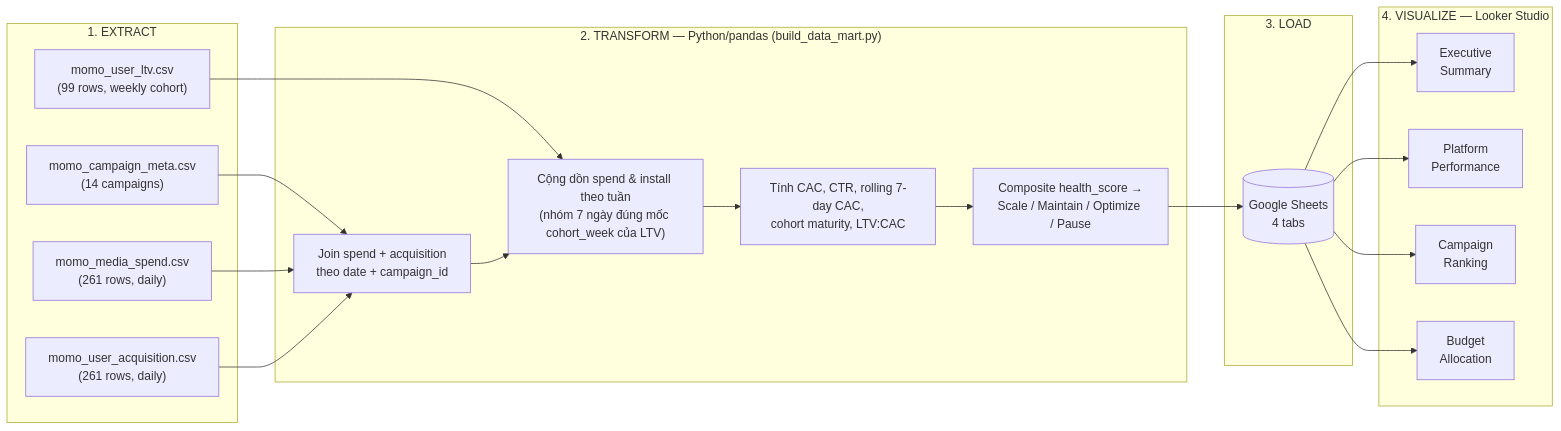
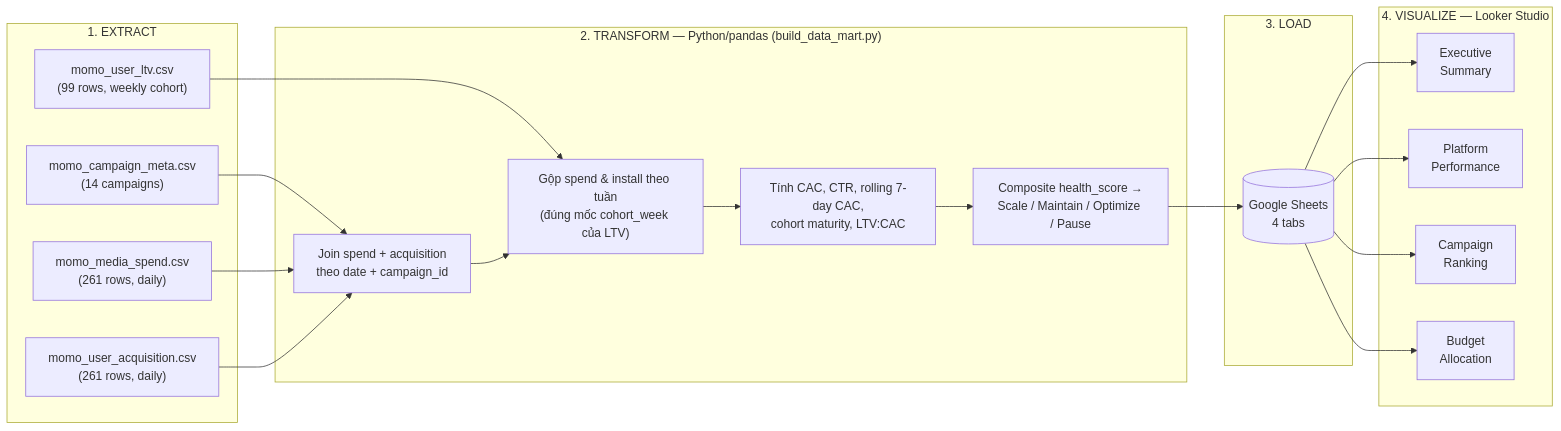
The first of 2 diagrams in README.md (edward179/media-test-case), drawn with Mermaid before and after one commit.

Commit message:
Shorten Task 1 diagram node label to fix text clipping on GitHub render

````diff
--- a/README.md
+++ b/README.md
@@ -13,40 +13,40 @@
 ```mermaid
 flowchart LR
     subgraph EX["1. EXTRACT"]
         A1["momo_campaign_meta.csv<br/>(14 campaigns)"]
         A2["momo_media_spend.csv<br/>(261 rows, daily)"]
         A3["momo_user_acquisition.csv<br/>(261 rows, daily)"]
         A4["momo_user_ltv.csv<br/>(99 rows, weekly cohort)"]
     end
 
     subgraph ET["2. TRANSFORM — Python/pandas (build_data_mart.py)"]
         B1["Join spend + acquisition<br/>theo date + campaign_id"]
-        B2["Cộng dồn spend & install theo tuần<br/>(nhóm 7 ngày đúng mốc cohort_week của LTV)"]
+        B2["Gộp spend & install theo tuần<br/>(đúng mốc cohort_week của LTV)"]
         B3["Tính CAC, CTR, rolling 7-day CAC,<br/>cohort maturity, LTV:CAC"]
         B4["Composite health_score →<br/>Scale / Maintain / Optimize / Pause"]
     end
 
     subgraph LD["3. LOAD"]
         C1[("Google Sheets<br/>4 tabs")]
     end
 
     subgraph VZ["4. VISUALIZE — Looker Studio"]
         D1["Executive<br/>Summary"]
         D2["Platform<br/>Performance"]
         D3["Campaign<br/>Ranking"]
         D4["Budget<br/>Allocation"]
     end
 
     A1 --> B1
     A2 --> B1
     A3 --> B1
     A4 --> B2
     B1 --> B2
     B2 --> B3
     B3 --> B4
     B4 --> C1
     C1 --> D1
     C1 --> D2
     C1 --> D3
     C1 --> D4
 ```
````
